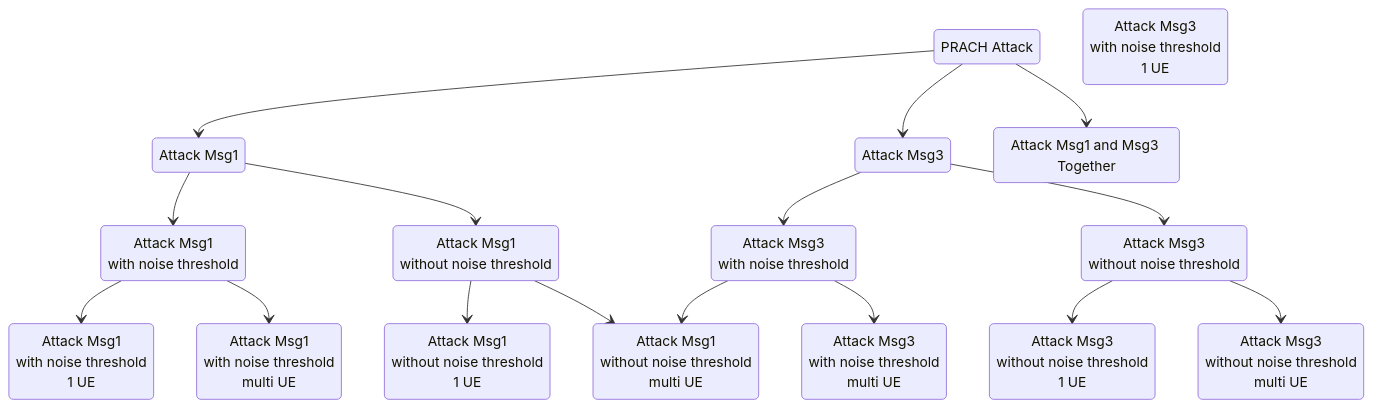
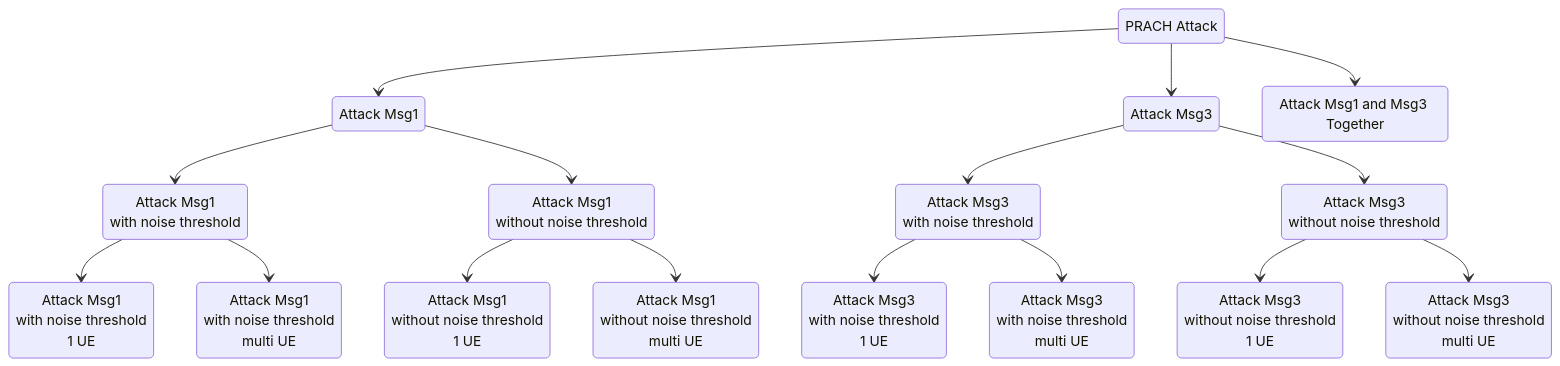
Before and after one commit to bmw-ece-ntust/wilfrid-prach-attack-analysis: the diagram in docs/20250307 Thesis (PRACH Attack Problem Definition).md, drawn with Mermaid.

Commit message:
Update 20250307 Thesis (PRACH Attack Problem Definition).md

````diff
--- a/docs/20250307 Thesis (PRACH Attack Problem Definition).md
+++ b/docs/20250307 Thesis (PRACH Attack Problem Definition).md
@@ -21,34 +21,34 @@
 ```mermaid
 stateDiagram-v2
     s1: PRACH Attack
     s2: Attack Msg1
     s3: Attack Msg3
     s4: Attack Msg1 and Msg3 Together
     s1 --> s2
     s1 --> s3
     s1 --> s4
     s5: Attack Msg1<br>with noise threshold
     s6: Attack Msg1<br>without noise threshold
     s2 --> s5
     s2 --> s6
     s7: Attack Msg3<br>with noise threshold
     s8: Attack Msg3<br>without noise threshold
     s3 --> s7
     s3 --> s8
     s9: Attack Msg1<br>with noise threshold<br>1 UE
     s10: Attack Msg1<br>with noise threshold<br>multi UE
     s11: Attack Msg1<br>without noise threshold<br>1 UE
     s12: Attack Msg1<br>without noise threshold<br>multi UE
     s5 --> s9
     s5 --> s10
     s6 --> s11
     s6 --> s12
     s13: Attack Msg3<br>with noise threshold<br>1 UE
     s14: Attack Msg3<br>with noise threshold<br>multi UE
     s15: Attack Msg3<br>without noise threshold<br>1 UE
     s16: Attack Msg3<br>without noise threshold<br>multi UE
-    s7 --> s12
+    s7 --> s13
     s7 --> s14
     s8 --> s15
     s8 --> s16
 ```
````
